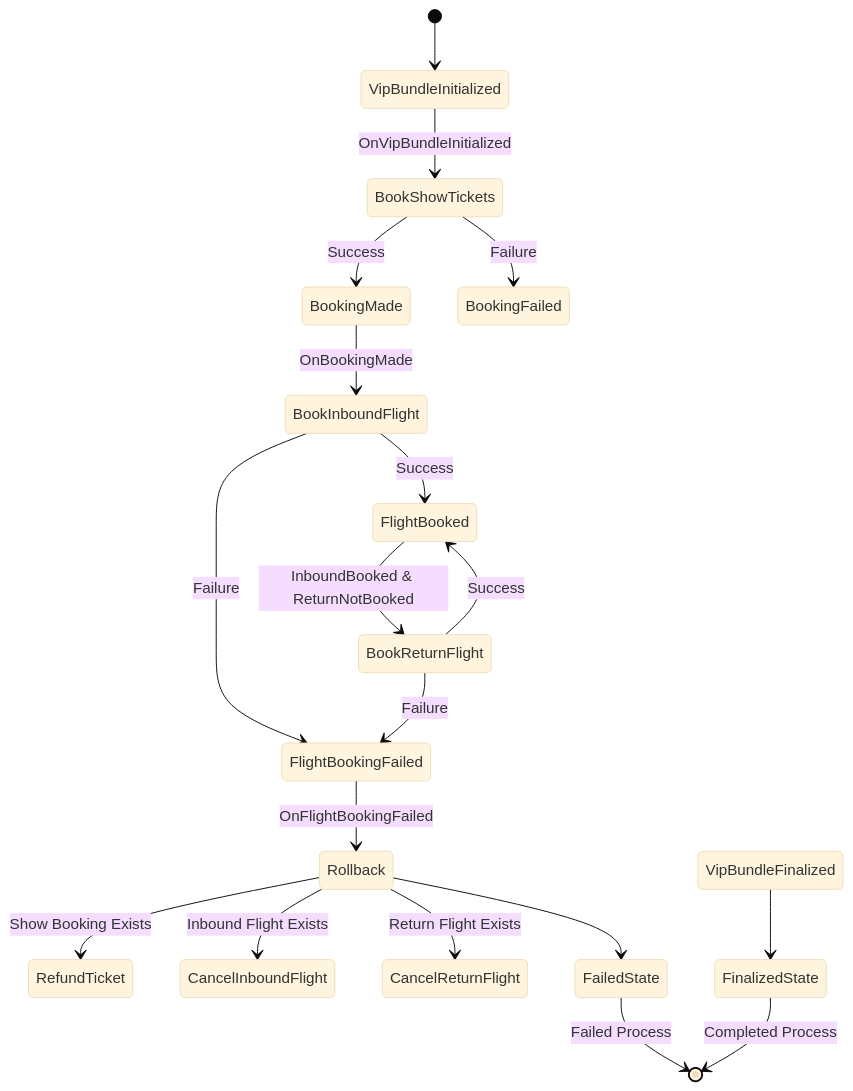
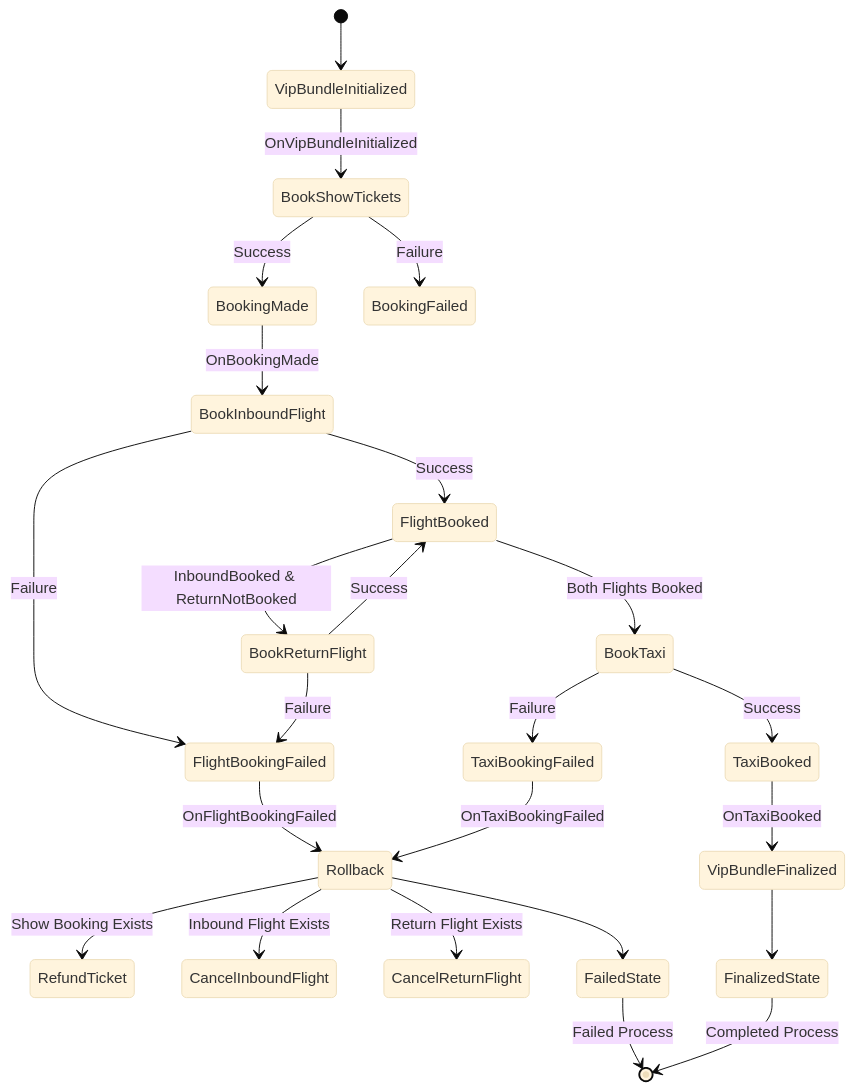
The diagram in project/exercise.md (longlnOff/go-event-driven), drawn with Mermaid (base theme) before and after one commit. The commit also changed other lines of this file and 18 other files, not shown here.

````diff
--- a/project/exercise.md
+++ b/project/exercise.md
@@ -13,21 +5,26 @@
 ```mermaid
 stateDiagram-v2
     [*] --> VipBundleInitialized
     VipBundleInitialized --> BookShowTickets : OnVipBundleInitialized
     BookShowTickets --> BookingMade : Success
     BookShowTickets --> BookingFailed : Failure
     BookingMade --> BookInboundFlight : OnBookingMade
     BookInboundFlight --> FlightBooked : Success
     BookInboundFlight --> FlightBookingFailed : Failure
     FlightBooked --> BookReturnFlight : InboundBooked & ReturnNotBooked
+    FlightBooked --> BookTaxi : Both Flights Booked
     BookReturnFlight --> FlightBooked : Success
     BookReturnFlight --> FlightBookingFailed : Failure
     FlightBookingFailed --> Rollback : OnFlightBookingFailed
+    BookTaxi --> TaxiBooked : Success
+    BookTaxi --> TaxiBookingFailed : Failure
+    TaxiBooked --> VipBundleFinalized : OnTaxiBooked
+    TaxiBookingFailed --> Rollback : OnTaxiBookingFailed
     Rollback --> RefundTicket : Show Booking Exists
     Rollback --> CancelInboundFlight : Inbound Flight Exists
     Rollback --> CancelReturnFlight : Return Flight Exists
     Rollback --> FailedState
     VipBundleFinalized --> FinalizedState
     FailedState --> [*] : Failed Process
     FinalizedState --> [*] : Completed Process
 ```
````
